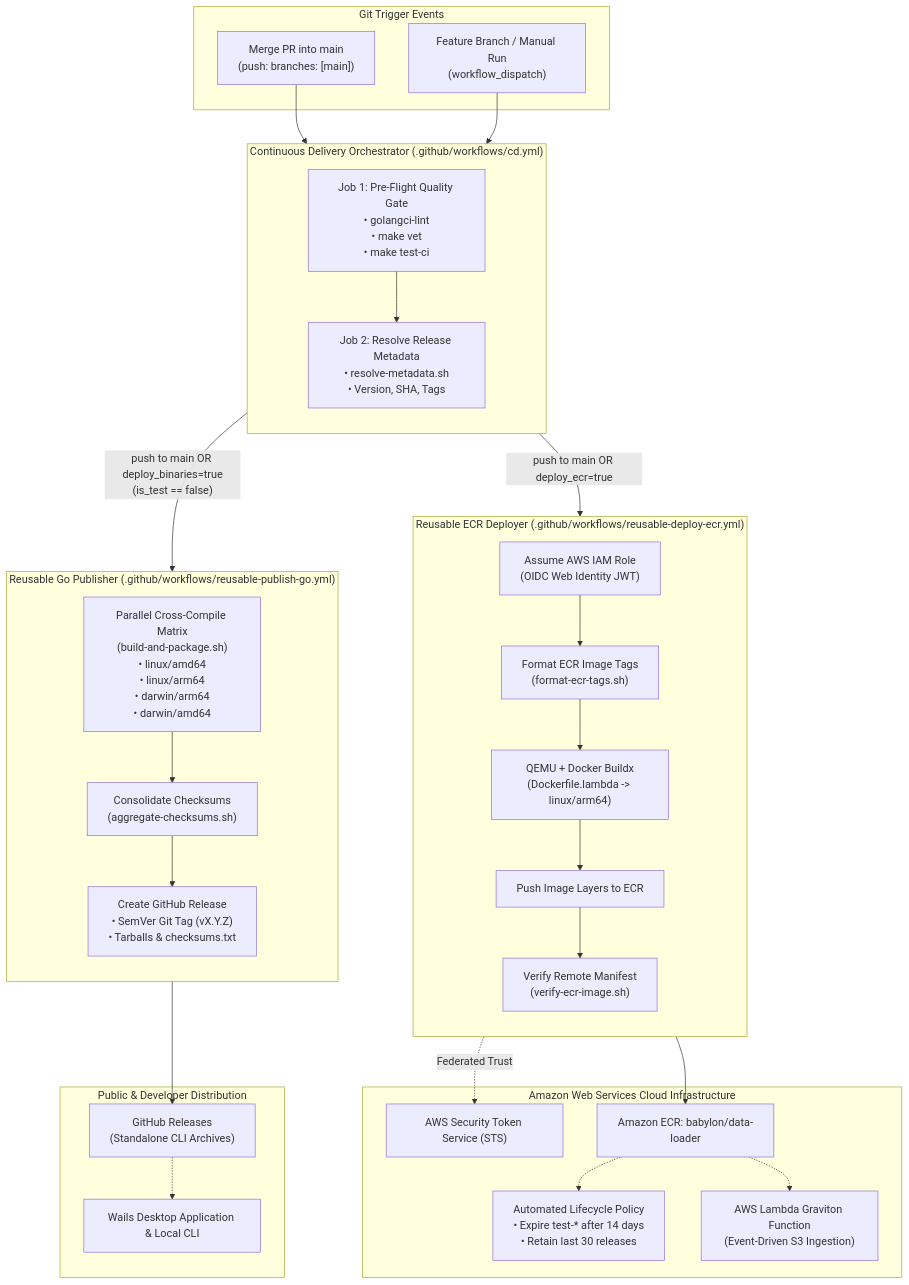
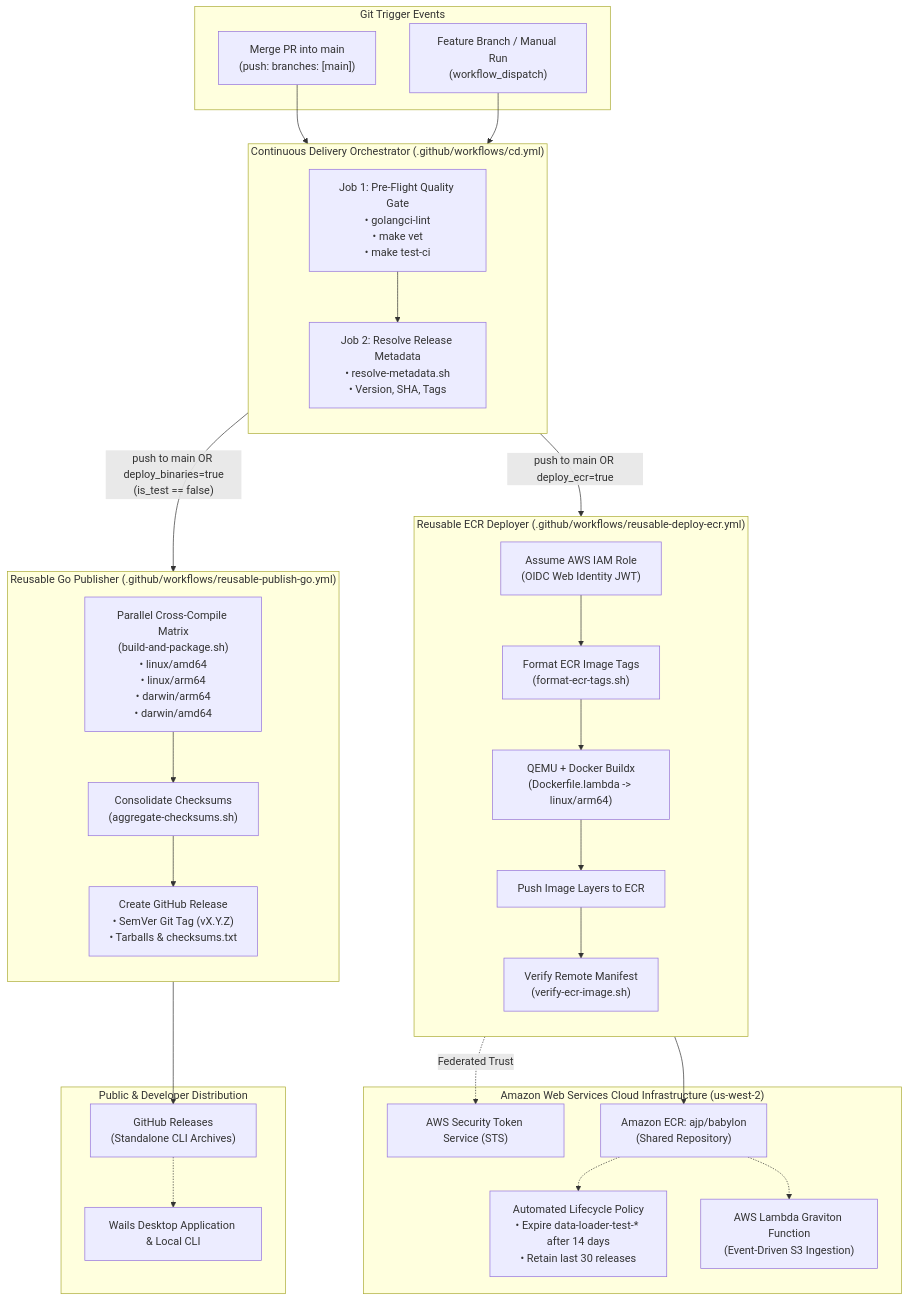
Before and after one commit to ajponte/babylon_data_loader: the first of 3 diagrams in docs/specs/continuous-delivery-pipeline.md, drawn with Mermaid. The commit also changed other lines of this file and 7 other files, not shown here.

Commit message:
feat(cd): configure ECR container deployment to ajp/babylon in us-west-2 (#21)

````diff
--- a/docs/specs/continuous-delivery-pipeline.md
+++ b/docs/specs/continuous-delivery-pipeline.md
@@ -29,61 +29,61 @@
 ```mermaid
 flowchart TD
     subgraph Git["Git Trigger Events"]
         MergeMain["Merge PR into main<br/>(push: branches: [main])"]
         Dispatch["Feature Branch / Manual Run<br/>(workflow_dispatch)"]
     end
 
     subgraph CD["Continuous Delivery Orchestrator (.github/workflows/cd.yml)"]
         direction TB
         QG["Job 1: Pre-Flight Quality Gate<br/>• golangci-lint<br/>• make vet<br/>• make test-ci"]
         Meta["Job 2: Resolve Release Metadata<br/>• resolve-metadata.sh<br/>• Version, SHA, Tags"]
         
         QG --> Meta
     end
 
     subgraph ReusableGo["Reusable Go Publisher (.github/workflows/reusable-publish-go.yml)"]
         direction TB
         Matrix["Parallel Cross-Compile Matrix<br/>(build-and-package.sh)<br/>• linux/amd64<br/>• linux/arm64<br/>• darwin/arm64<br/>• darwin/amd64"]
         Consolidate["Consolidate Checksums<br/>(aggregate-checksums.sh)"]
         Release["Create GitHub Release<br/>• SemVer Git Tag (vX.Y.Z)<br/>• Tarballs & checksums.txt"]
         
         Matrix --> Consolidate --> Release
     end
 
     subgraph ReusableECR["Reusable ECR Deployer (.github/workflows/reusable-deploy-ecr.yml)"]
         direction TB
         OIDC["Assume AWS IAM Role<br/>(OIDC Web Identity JWT)"]
         FormatTags["Format ECR Image Tags<br/>(format-ecr-tags.sh)"]
         Buildx["QEMU + Docker Buildx<br/>(Dockerfile.lambda -> linux/arm64)"]
         PushECR["Push Image Layers to ECR"]
         VerifyECR["Verify Remote Manifest<br/>(verify-ecr-image.sh)"]
 
         OIDC --> FormatTags --> Buildx --> PushECR --> VerifyECR
     end
 
-    subgraph AWS["Amazon Web Services Cloud Infrastructure"]
+    subgraph AWS["Amazon Web Services Cloud Infrastructure (us-west-2)"]
         STS["AWS Security Token Service (STS)"]
-        ECRRepo["Amazon ECR: babylon/data-loader"]
-        Lifecycle["Automated Lifecycle Policy<br/>• Expire test-* after 14 days<br/>• Retain last 30 releases"]
+        ECRRepo["Amazon ECR: ajp/babylon<br/>(Shared Repository)"]
+        Lifecycle["Automated Lifecycle Policy<br/>• Expire data-loader-test-* after 14 days<br/>• Retain last 30 releases"]
         Lambda["AWS Lambda Graviton Function<br/>(Event-Driven S3 Ingestion)"]
     end
 
     subgraph Artifacts["Public & Developer Distribution"]
         GHRelease["GitHub Releases<br/>(Standalone CLI Archives)"]
         DesktopApp["Wails Desktop Application & Local CLI"]
     end
 
     MergeMain --> QG
     Dispatch --> QG
 
     Meta -->|"push to main OR deploy_binaries=true<br/>(is_test == false)"| ReusableGo
     Meta -->|"push to main OR deploy_ecr=true"| ReusableECR
 
     OIDC -.->|Federated Trust| STS
     PushECR --> ECRRepo
     ECRRepo -.-> Lifecycle
     ECRRepo -.-> Lambda
 
     Release --> GHRelease
     GHRelease -.-> DesktopApp
 ```
````
